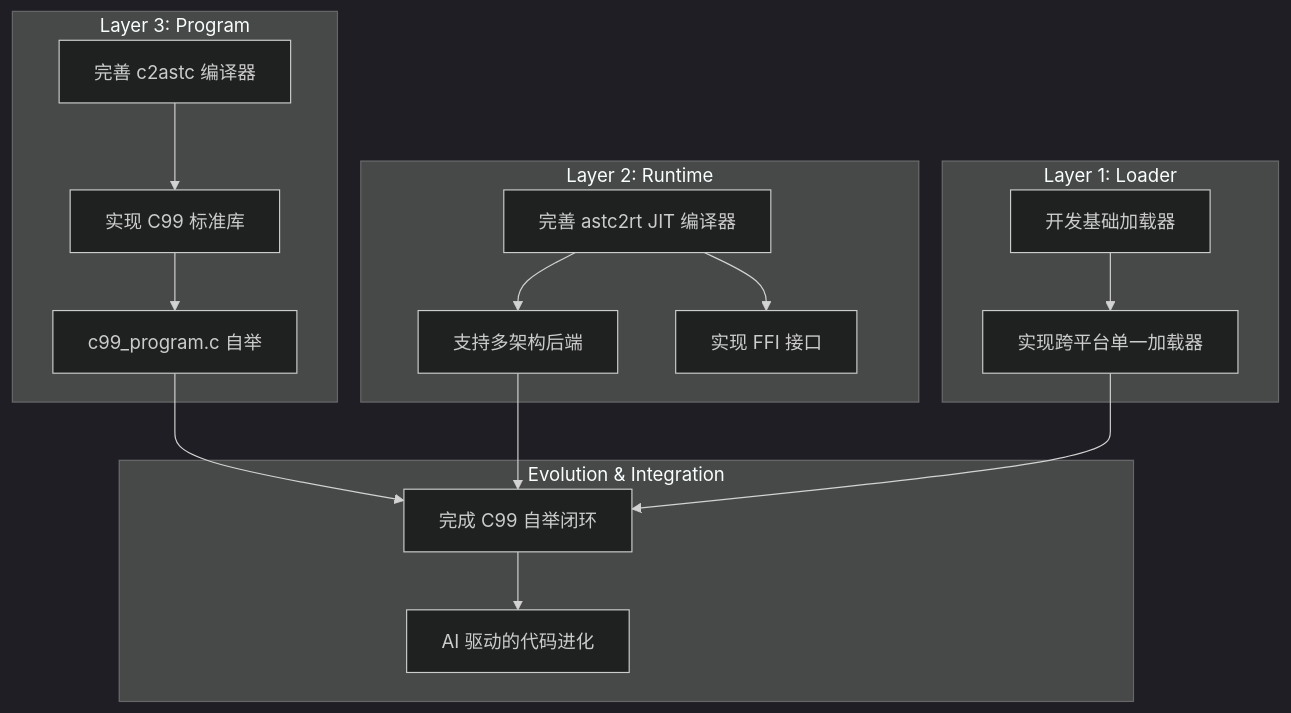
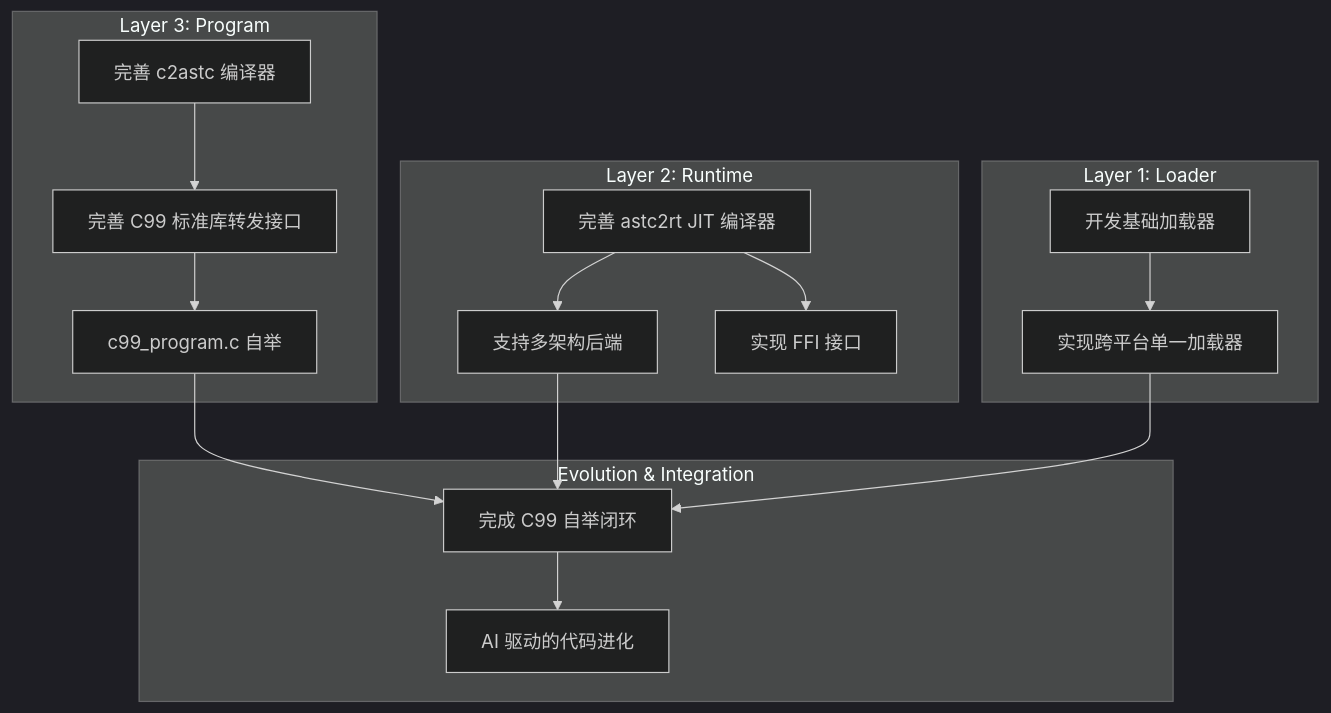
One commit to wanjochan/self-evolve-ai changed the diagram in docs/cursor.md. Above: the diagram before and after it, drawn with Mermaid (dark theme). The commit also changed other lines of this file and 11 other files, not shown here.

````diff
--- a/docs/cursor.md
+++ b/docs/cursor.md
@@ -7,34 +7,34 @@
 ```mermaid
 graph TD
     subgraph "Layer 3: Program"
         A1[完善 c2astc 编译器]
-        A2[实现 C99 标准库]
+        A2[完善 C99 标准库转发接口]
         A3[c99_program.c 自举]
     end
 
     subgraph "Layer 2: Runtime"
         B1[完善 astc2rt JIT 编译器]
         B2[支持多架构后端]
         B3[实现 FFI 接口]
     end
 
     subgraph "Layer 1: Loader"
         C1[开发基础加载器]
         C2[实现跨平台单一加载器]
     end
 
     subgraph "Evolution & Integration"
         D1[完成 C99 自举闭环]
         D2[AI 驱动的代码进化]
     end
 
     A1 --> A2
     A2 --> A3
     B1 --> B2
     B1 --> B3
     C1 --> C2
     A3 --> D1
     B2 --> D1
     C2 --> D1
     D1 --> D2
 ```
````
